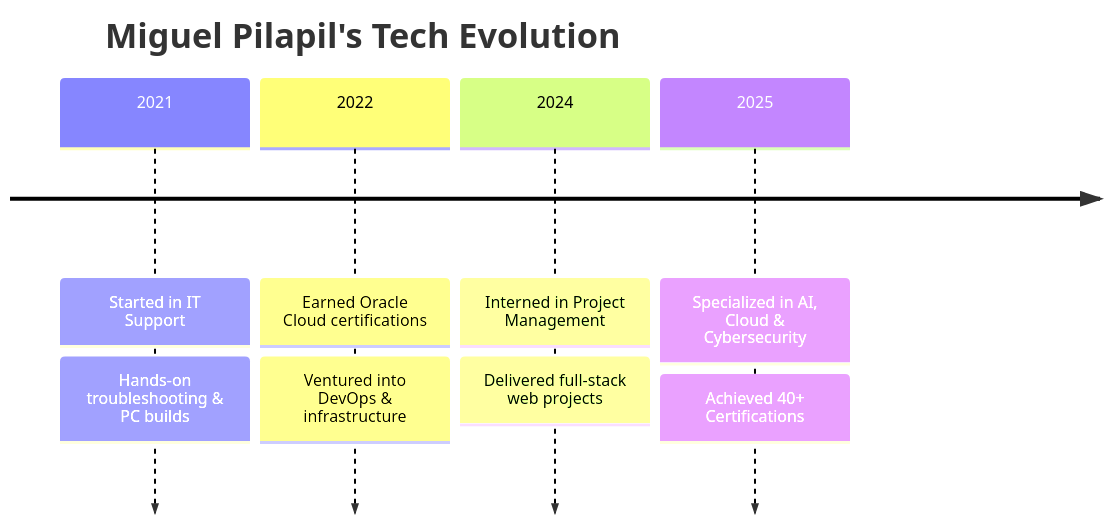
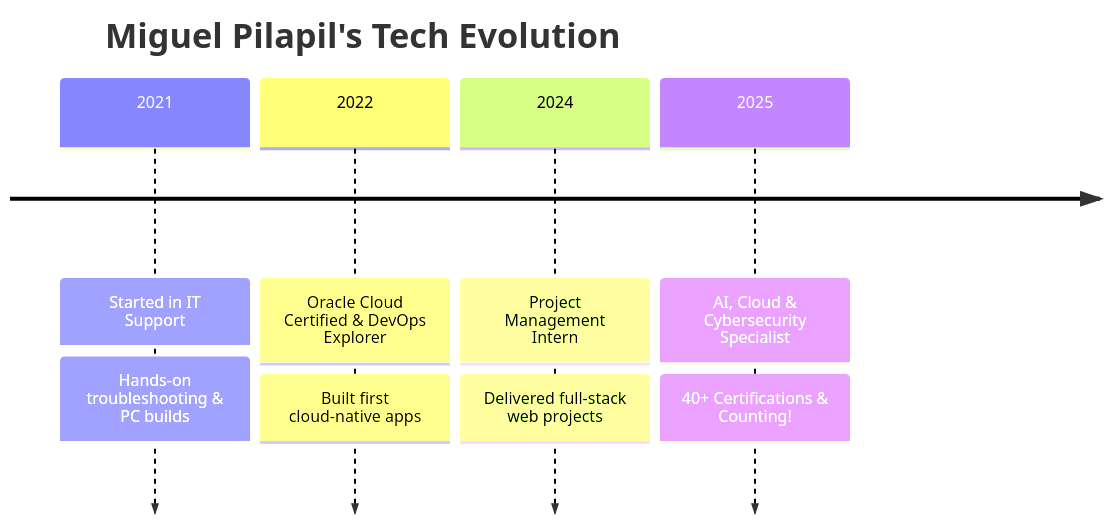
The diagram in README.md (sainttlaurel/sainttlaurel), drawn with Mermaid before and after one commit. The commit also changed other lines of this file, not shown here.

````diff
--- a/README.md
+++ b/README.md
@@ -103,12 +108,12 @@
 ```mermaid
 timeline
   title Miguel Pilapil's Tech Evolution
   2021 : Started in IT Support
        : Hands-on troubleshooting & PC builds
-  2022 : Earned Oracle Cloud certifications
-       : Ventured into DevOps & infrastructure
-  2024 : Interned in Project Management
+  2022 : Oracle Cloud Certified & DevOps Explorer
+       : Built first cloud-native apps
+  2024 : Project Management Intern
        : Delivered full-stack web projects
-  2025 : Specialized in AI, Cloud & Cybersecurity
-       : Achieved 40+ Certifications
+  2025 : AI, Cloud & Cybersecurity Specialist
+       : 40+ Certifications & Counting!
 ```
````
